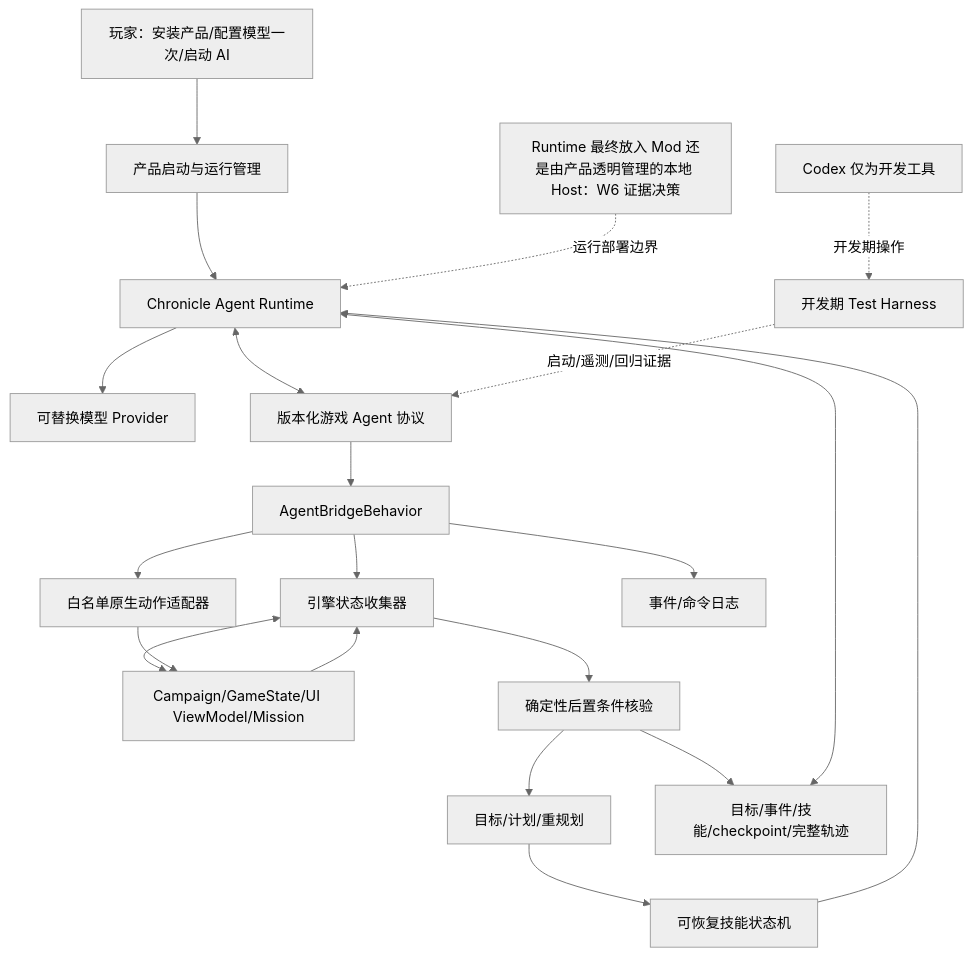
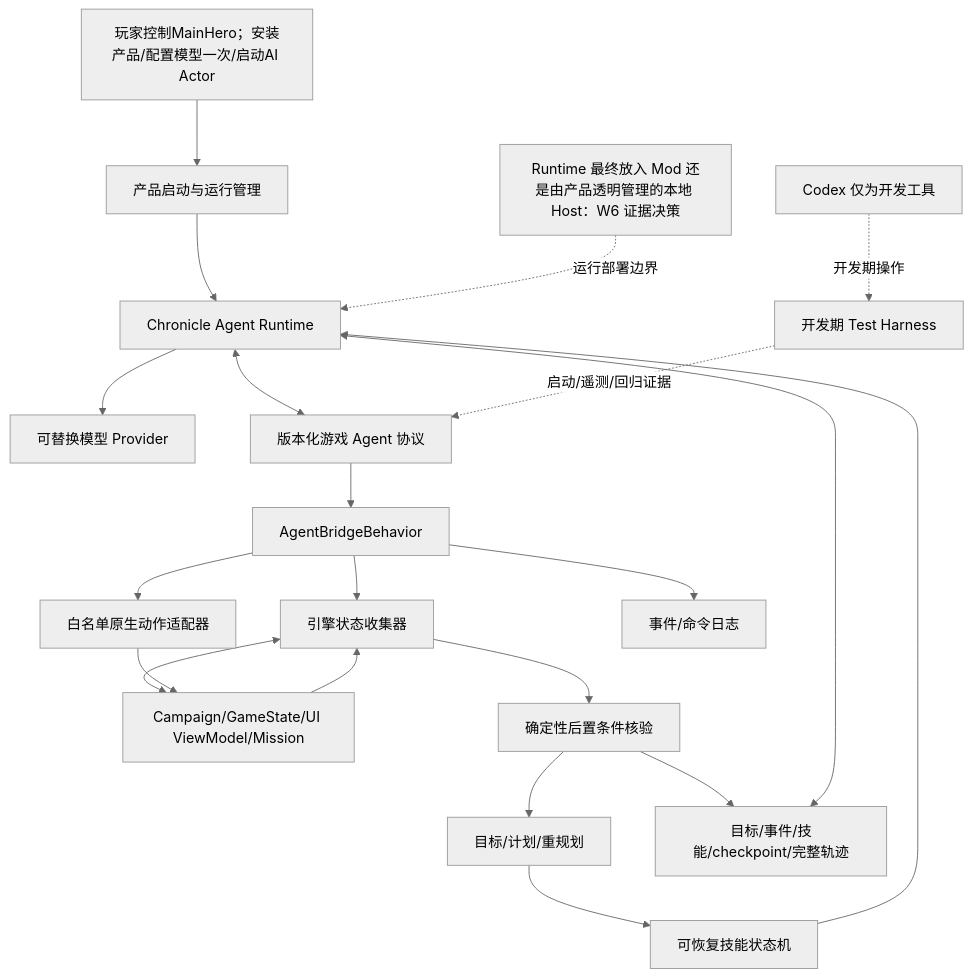
Before and after one commit to c3115644151/chronicle-framework-agent: the second of 3 diagrams in Dev/ChronicleFramework/Focus/MAINLINE.md, drawn with Mermaid (neutral theme). The commit also changed other lines of this file and 14 other files, not shown here.

````diff
--- a/Dev/ChronicleFramework/Focus/MAINLINE.md
+++ b/Dev/ChronicleFramework/Focus/MAINLINE.md
@@ -322,23 +346,23 @@
 ```mermaid
 flowchart TD
-    Player[玩家：安装产品/配置模型一次/启动 AI] --> ProductShell[产品启动与运行管理]
+    Player[玩家控制MainHero；安装产品/配置模型一次/启动AI Actor] --> ProductShell[产品启动与运行管理]
     ProductShell --> Runtime[Chronicle Agent Runtime]
     Runtime --> Provider[可替换模型 Provider]
     Runtime <--> Protocol[版本化游戏 Agent 协议]
     Protocol --> Bridge[AgentBridgeBehavior]
     Bridge --> Collector[引擎状态收集器]
     Bridge --> Dispatcher[白名单原生动作适配器]
     Bridge --> Journal[事件/命令日志]
     Collector <--> Engine[Campaign/GameState/UI ViewModel/Mission]
     Dispatcher --> Engine
     Engine --> Collector
     Collector --> Verifier[确定性后置条件核验]
     Verifier --> Planner[目标/计划/重规划]
     Planner --> Skills[可恢复技能状态机]
     Skills --> Runtime
     Verifier --> Memory[目标/事件/技能/checkpoint/完整轨迹]
     Memory <--> Runtime
     DevHarness[开发期 Test Harness] -.启动/遥测/回归证据.-> Protocol
     DevCodex[Codex 仅为开发工具] -.开发期操作.-> DevHarness
     RuntimePlacement[Runtime 最终放入 Mod 还是由产品透明管理的本地 Host：W6 证据决策] -.运行部署边界.-> Runtime
 ```
````
